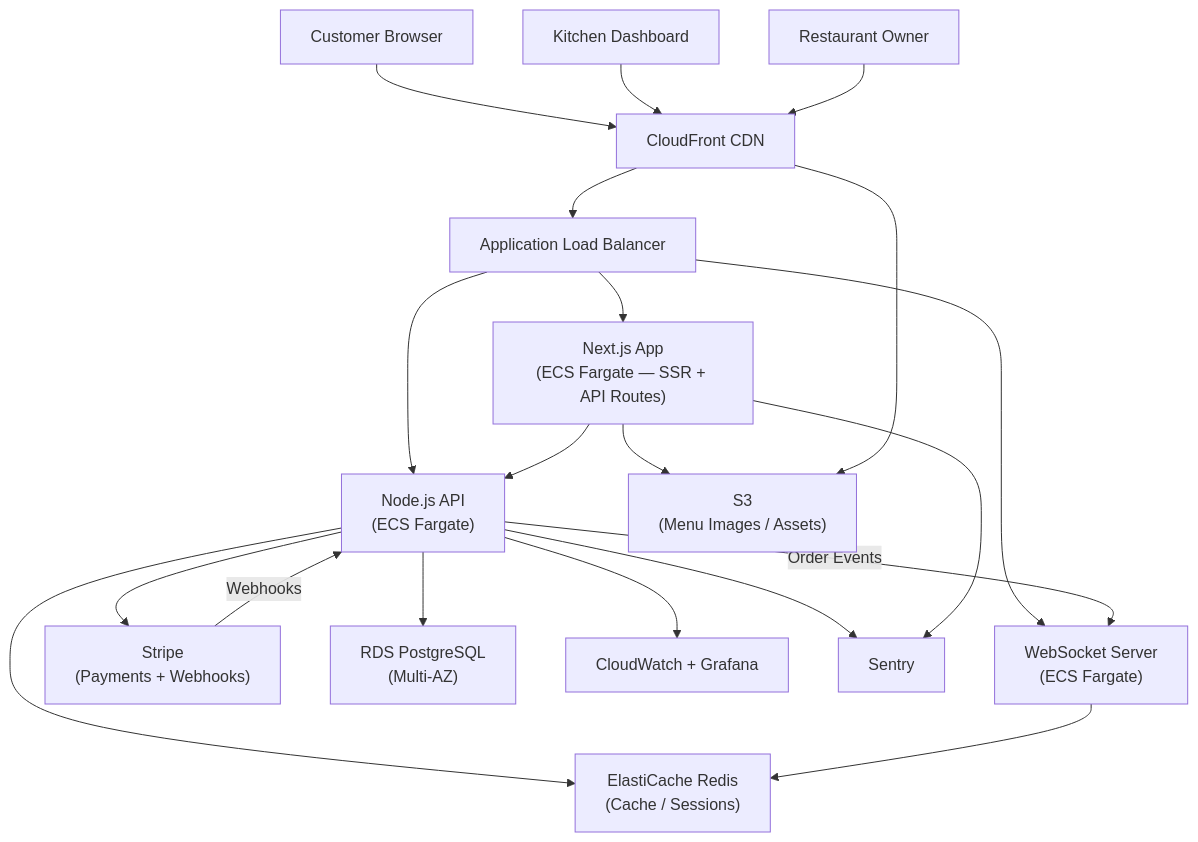
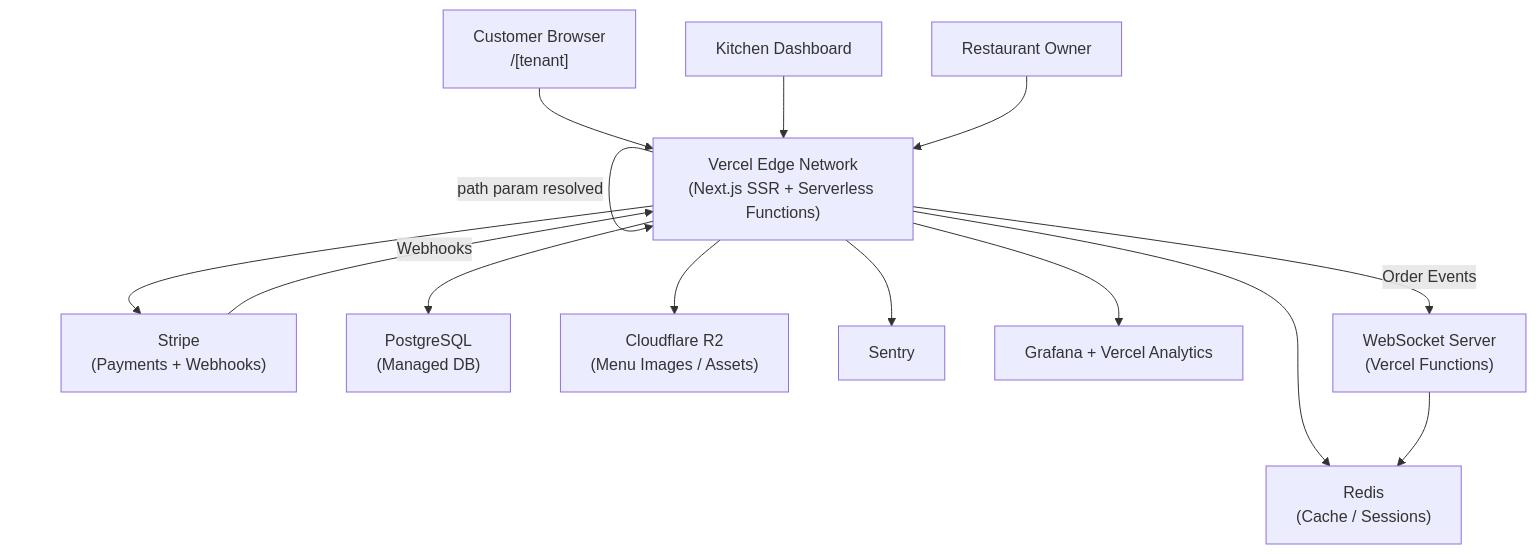
Before and after one commit to iagomussel/huntermussel: the diagram in src/content/cases/horadolanche-delivery-platform.md, drawn with Mermaid. The commit also changed other lines of this file and 2 other files, not shown here.

First line of the commit message:
Update horadolanche case: Vercel + path param multitenant + R2 images

````diff
--- a/src/content/cases/horadolanche-delivery-platform.md
+++ b/src/content/cases/horadolanche-delivery-platform.md
@@ -149,37 +154,28 @@
 ```mermaid
 graph TD
-    Customer["Customer Browser"]
+    Customer["Customer Browser<br/>/[tenant]"]
     Kitchen["Kitchen Dashboard"]
     Owner["Restaurant Owner"]
-    CF["CloudFront CDN"]
-    ALB["Application Load Balancer"]
-    NextApp["Next.js App<br/>(ECS Fargate — SSR + API Routes)"]
-    NodeAPI["Node.js API<br/>(ECS Fargate)"]
-    WSServer["WebSocket Server<br/>(ECS Fargate)"]
+    Vercel["Vercel Edge Network<br/>(Next.js SSR + Serverless Functions)"]
+    WSServer["WebSocket Server<br/>(Vercel Functions)"]
     Stripe["Stripe<br/>(Payments + Webhooks)"]
-    Redis["ElastiCache Redis<br/>(Cache / Sessions)"]
-    RDS["RDS PostgreSQL<br/>(Multi-AZ)"]
-    S3["S3<br/>(Menu Images / Assets)"]
-    CW["CloudWatch + Grafana"]
+    Redis["Redis<br/>(Cache / Sessions)"]
+    PG["PostgreSQL<br/>(Managed DB)"]
+    R2["Cloudflare R2<br/>(Menu Images / Assets)"]
     Sentry["Sentry"]
+    Grafana["Grafana + Vercel Analytics"]
 
-    Customer --> CF
-    Kitchen --> CF
-    Owner --> CF
-    CF --> ALB
-    ALB --> NextApp
-    ALB --> NodeAPI
-    ALB --> WSServer
-    NextApp --> NodeAPI
-    NodeAPI --> RDS
-    NodeAPI --> Redis
-    NodeAPI --> Stripe
-    Stripe -->|Webhooks| NodeAPI
+    Customer --> Vercel
+    Kitchen --> Vercel
+    Owner --> Vercel
+    Vercel -->|path param resolved| Vercel
+    Vercel --> PG
+    Vercel --> Redis
+    Vercel --> Stripe
+    Stripe -->|Webhooks| Vercel
     WSServer --> Redis
-    NodeAPI -->|Order Events| WSServer
-    NextApp --> S3
-    CF --> S3
-    NodeAPI --> CW
-    NodeAPI --> Sentry
-    NextApp --> Sentry
+    Vercel -->|Order Events| WSServer
+    Vercel --> R2
+    Vercel --> Sentry
+    Vercel --> Grafana
 ```
````
